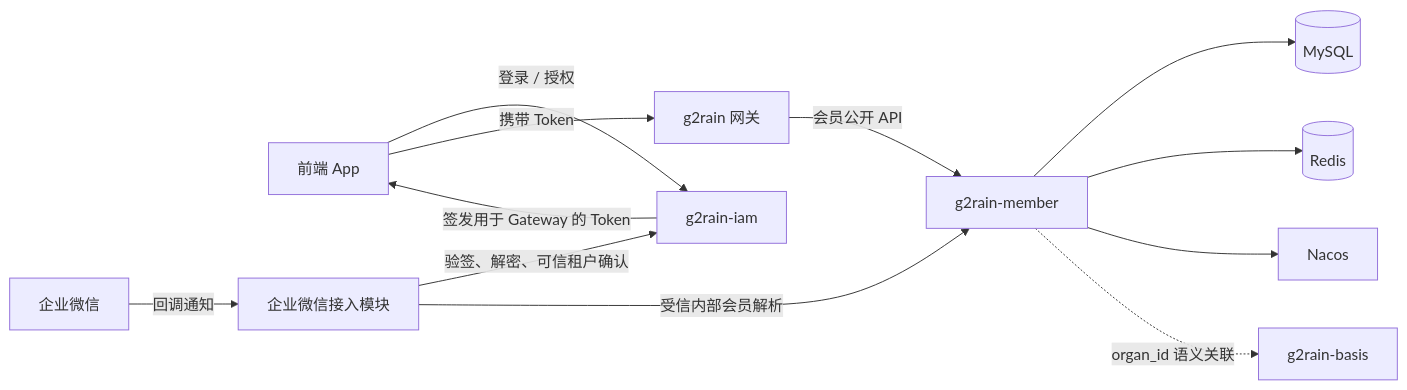
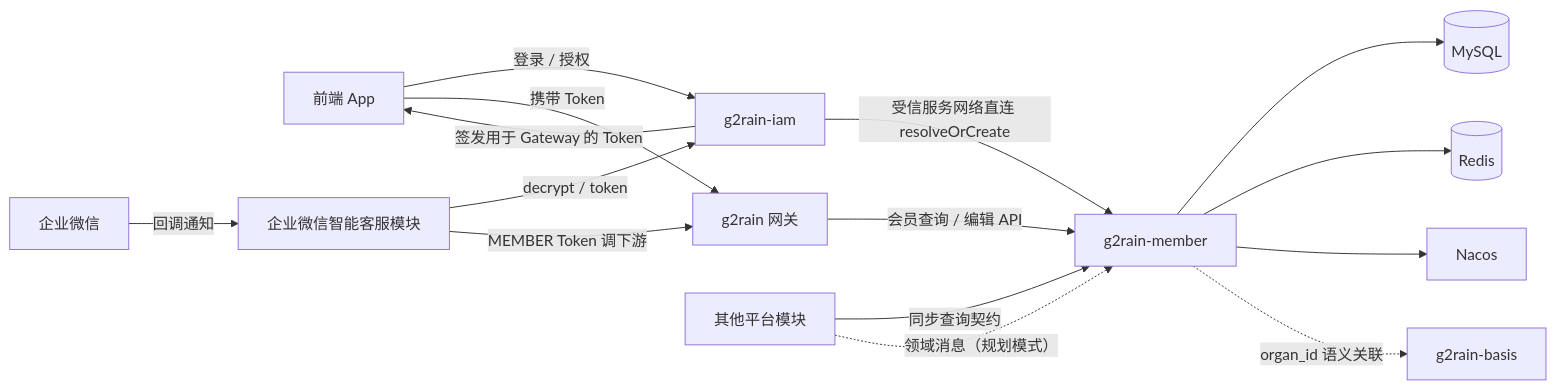
The diagram in docs/architecture/overview.md (g2rain/g2rain-member), drawn with Mermaid before and after one commit. The commit also changed other lines of this file and 39 other files, not shown here.

````diff
--- a/docs/architecture/overview.md
+++ b/docs/architecture/overview.md
@@ -16,14 +18,17 @@
 ```mermaid
 flowchart LR
   App[前端 App] -->|登录 / 授权| IAM[g2rain-iam]
   IAM -->|签发用于 Gateway 的 Token| App
   App -->|携带 Token| Gateway[g2rain 网关]
-  Gateway -->|会员公开 API| Member[g2rain-member]
-  WeCom[企业微信] -->|回调通知| Connector[企业微信接入模块]
-  Connector -->|验签、解密、可信租户确认| IAM
-  Connector -->|受信内部会员解析| Member
+  Gateway -->|会员查询 / 编辑 API| Member[g2rain-member]
+  Services[其他平台模块] -->|同步查询契约| Member
+  Services -.->|领域消息（规划模式）| Member
+  WeCom[企业微信] -->|回调通知| Connector[企业微信智能客服模块]
+  Connector -->|decrypt / token| IAM
+  IAM -->|受信服务网络直连 resolveOrCreate| Member
+  Connector -->|MEMBER Token 调下游| Gateway
   Member --> MySQL[(MySQL)]
   Member --> Redis[(Redis)]
   Member --> Nacos[Nacos]
   Member -. organ_id 语义关联 .-> Basis[g2rain-basis]
 ```
````
